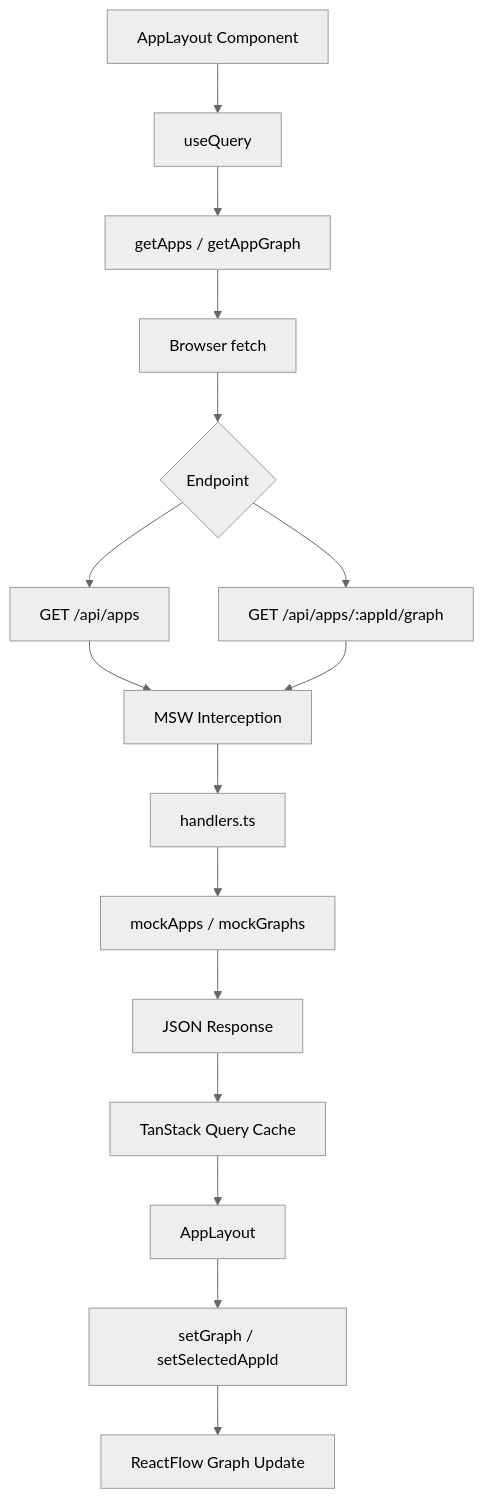
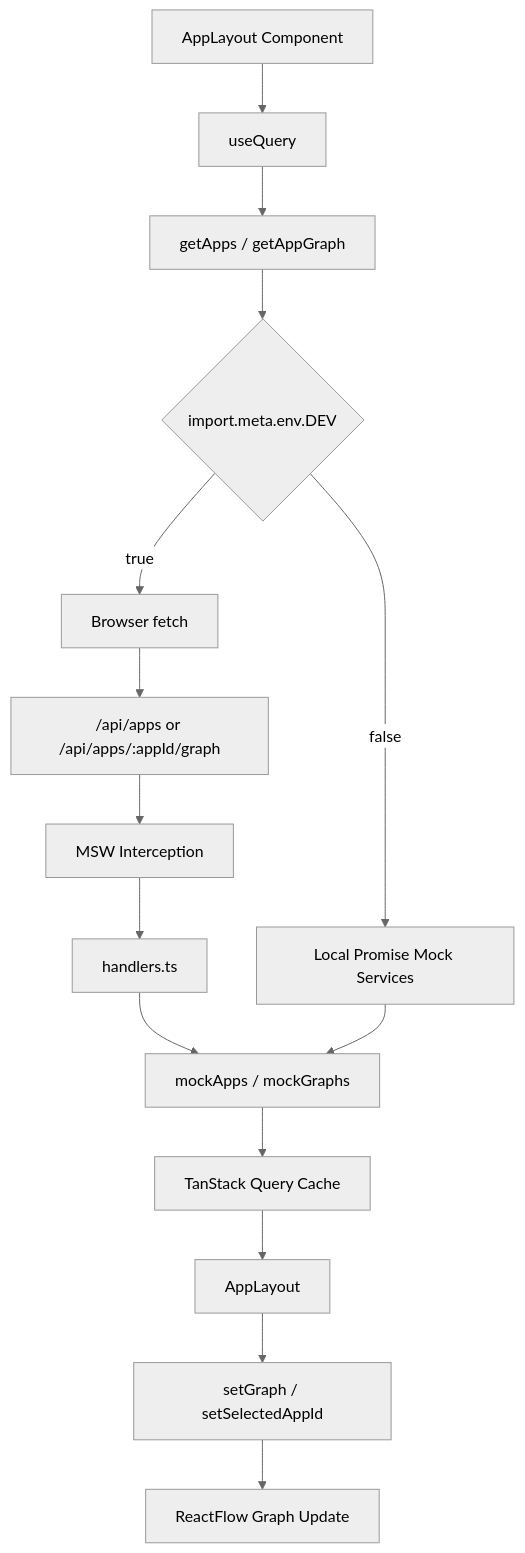
One commit to gaganguddi/App-Graph-Builder changed the fourth of 18 diagrams in docs/system-architecture.md. Above: the diagram before and after it, drawn with Mermaid (neutral theme). The commit also changed other lines of this file and 1 other file, not shown here.

````diff
--- a/docs/system-architecture.md
+++ b/docs/system-architecture.md
@@ -143,18 +154,17 @@
 ```mermaid
 flowchart TD
   Component[AppLayout Component] --> UseQuery[useQuery]
   UseQuery --> QueryFn[getApps / getAppGraph]
-  QueryFn --> Fetch[Browser fetch]
-  Fetch --> Endpoint{Endpoint}
-  Endpoint --> Apps["GET /api/apps"]
-  Endpoint --> Graph["GET /api/apps/:appId/graph"]
-  Apps --> MSW[MSW Interception]
-  Graph --> MSW
+  QueryFn --> Env{import.meta.env.DEV}
+  Env -->|true| Fetch[Browser fetch]
+  Fetch --> Endpoint["/api/apps or /api/apps/:appId/graph"]
+  Endpoint --> MSW[MSW Interception]
   MSW --> Handlers[handlers.ts]
   Handlers --> Data[mockApps / mockGraphs]
-  Data --> JSON[JSON Response]
-  JSON --> Cache[TanStack Query Cache]
+  Env -->|false| Local[Local Promise Mock Services]
+  Local --> Data
+  Data --> Cache[TanStack Query Cache]
   Cache --> AppLayout[AppLayout]
   AppLayout --> Store[setGraph / setSelectedAppId]
   Store --> ReactFlow[ReactFlow Graph Update]
 ```
````
